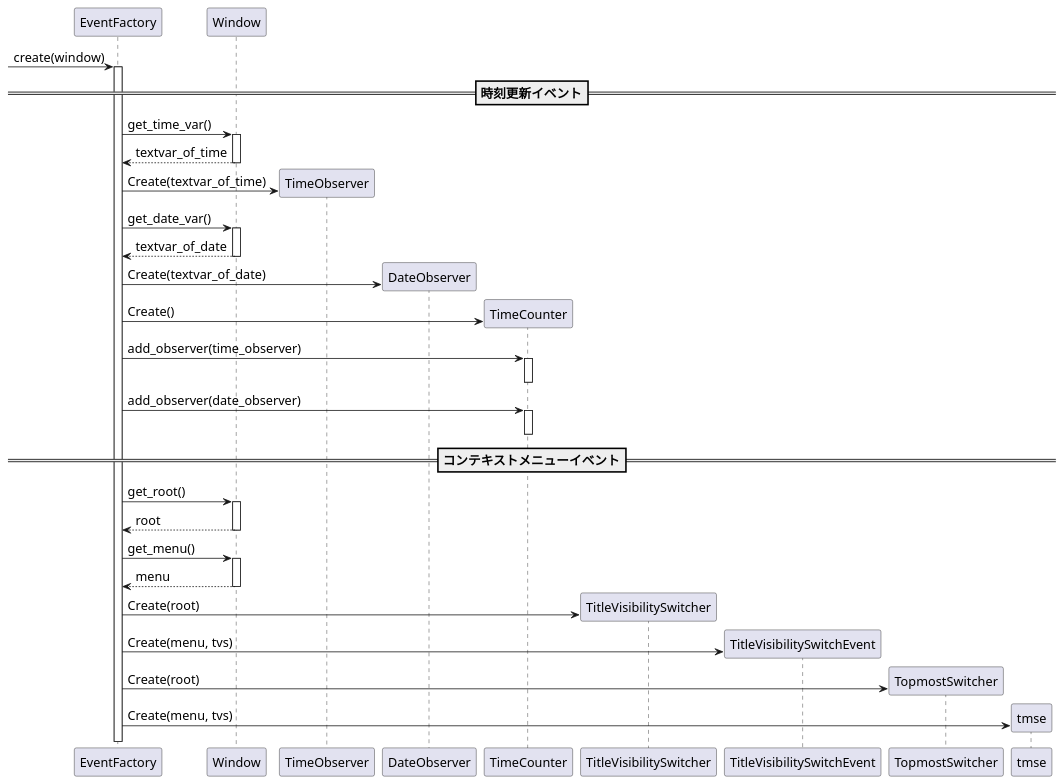
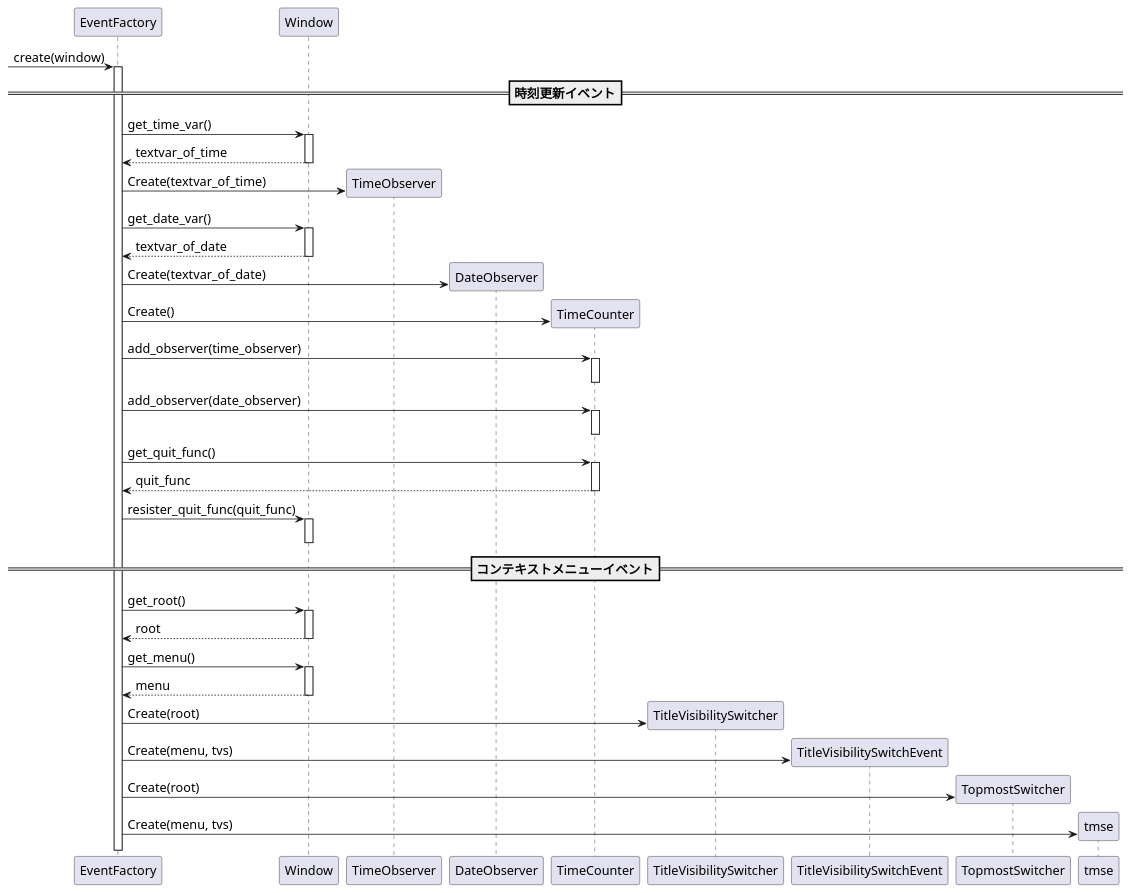
One commit to TAKE4548/OLW changed the diagram in doc/EventFactorySequence.puml. Above: the diagram before and after it, drawn with PlantUML. The commit also changed 17 other files, not shown here.

```diff
--- a/doc/EventFactorySequence.puml
+++ b/doc/EventFactorySequence.puml
@@ -1,38 +1,42 @@
 @startuml EventFactoryの流れ
 skinparam {
    defaultfontsize 16
    linetype ortho
 }
 autoactivate on
 participant EventFactory as ef
 participant Window as w
 participant TimeObserver as to
 participant DateObserver as do
 participant TimeCounter as tc
 participant TitleVisibilitySwitcher as tvs
 participant TitleVisibilitySwitchEvent as tvse
 participant TopmostSwitcher as tms
 
 [-> ef: create(window)
 ==時刻更新イベント==
 ef -> w: get_time_var()
 return textvar_of_time
 ef -> to**: Create(textvar_of_time)
 ef -> w: get_date_var()
 return textvar_of_date
 ef -> do**: Create(textvar_of_date)
 ef -> tc**: Create()
 ef -> tc: add_observer(time_observer)
 deactivate
 ef -> tc: add_observer(date_observer)
 deactivate
+ef -> tc: get_quit_func()
+return quit_func
+ef -> w: resister_quit_func(quit_func)
+deactivate
 ==コンテキストメニューイベント==
 ef -> w: get_root()
 return root
 ef -> w: get_menu()
 return menu
 ef -> tvs**: Create(root)
 ef -> tvse**: Create(menu, tvs)
 ef -> tms**: Create(root)
 ef -> tmse**: Create(menu, tvs)
 @enduml
```
